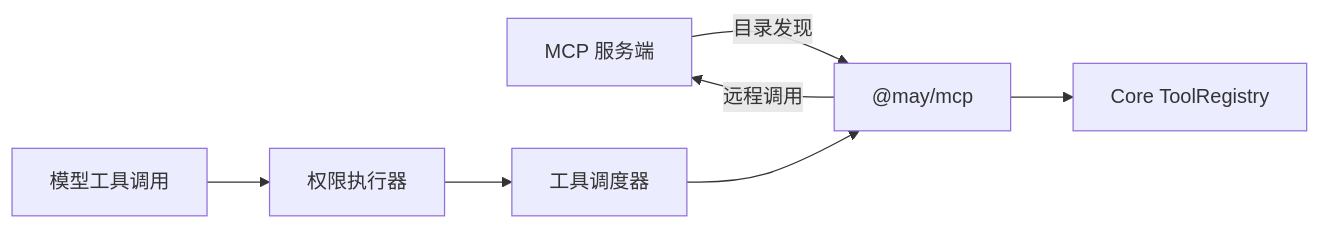
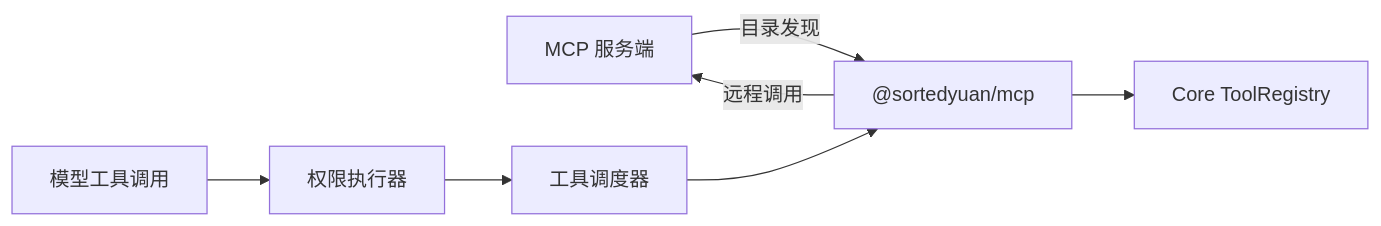
The diagram in docs/zh-CN/guides/mcp.md (qiuyaodawo/May), drawn with Mermaid before and after one commit. The commit also changed other lines of this file and 685 other files, not shown here.

````diff
--- a/docs/zh-CN/guides/mcp.md
+++ b/docs/zh-CN/guides/mcp.md
@@ -24,9 +24,9 @@
 ```mermaid
 flowchart LR
-  server[MCP 服务端] -->|目录发现| adapter["@may/mcp"]
+  server[MCP 服务端] -->|目录发现| adapter["@sortedyuan/mcp"]
   adapter --> registry[Core ToolRegistry]
   model[模型工具调用] --> permission[权限执行器]
   permission --> scheduler[工具调度器]
   scheduler --> adapter
   adapter -->|远程调用| server
 ```
````
